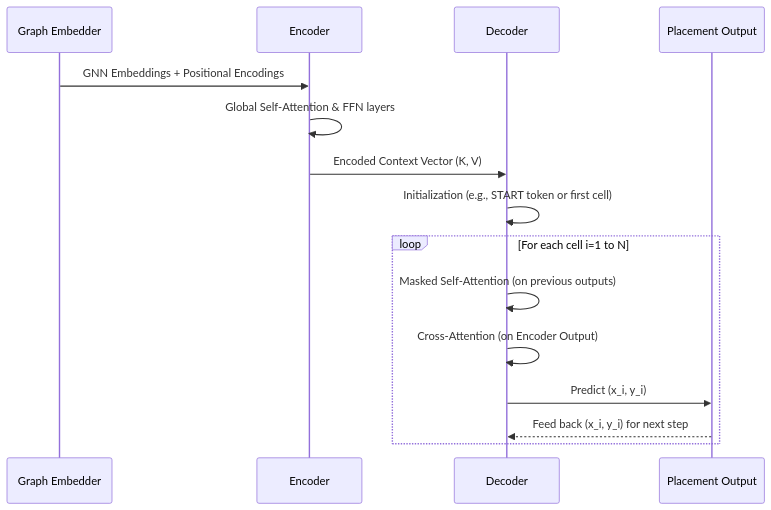
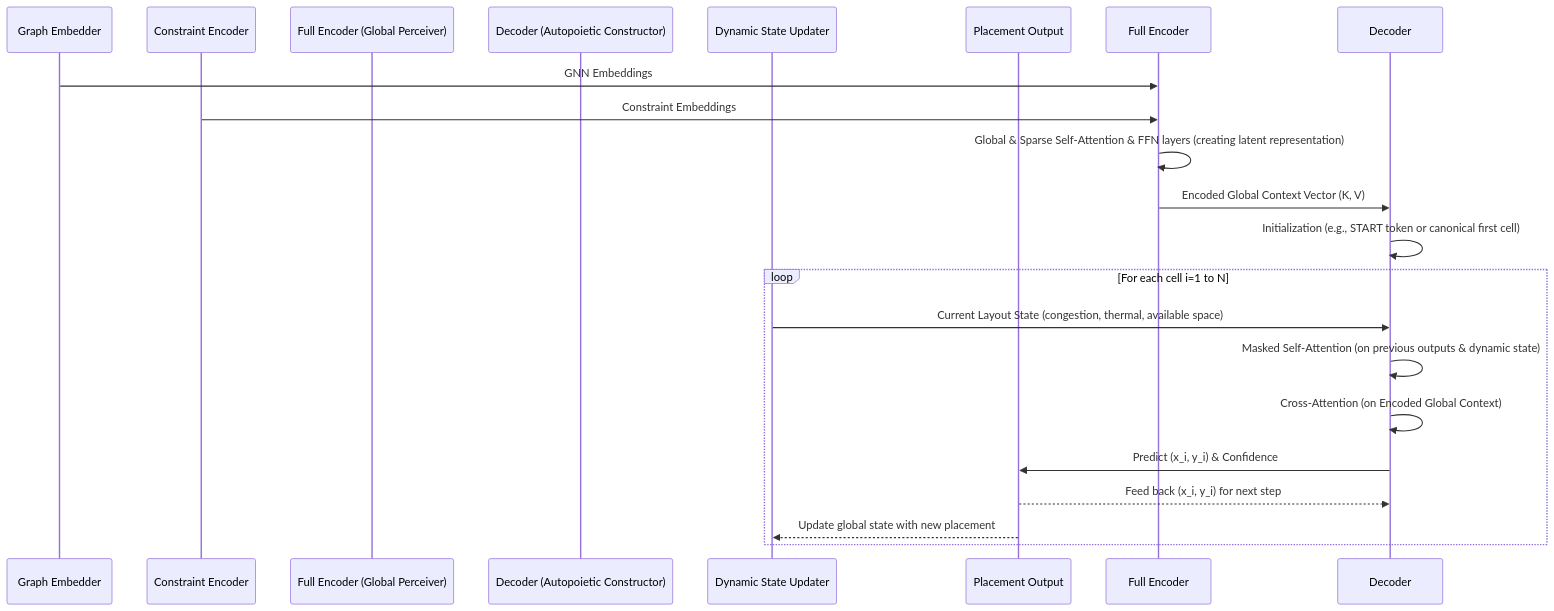
Before and after one commit to diplomat-bit/Citibank_Demo_Business_Inc_Demonstration-: the second of 3 diagrams in inventions/ai_eda_core/generative_placement_transformer.md, drawn with Mermaid. The commit also changed other lines of this file, not shown here.

Commit message:
[AI] Edit: inventions/ai_eda_core/generative_placement_transformer.md

````diff
--- a/inventions/ai_eda_core/generative_placement_transformer.md
+++ b/inventions/ai_eda_core/generative_placement_transformer.md
@@ -135,19 +147,24 @@
 ```mermaid
 sequenceDiagram
     participant Graph Embedder
-    participant Encoder
-    participant Decoder
+    participant Constraint Encoder
+    participant Full Encoder (Global Perceiver)
+    participant Decoder (Autopoietic Constructor)
+    participant Dynamic State Updater
     participant Placement Output
 
-    Graph Embedder->>Encoder: GNN Embeddings + Positional Encodings
-    Encoder->>Encoder: Global Self-Attention & FFN layers
-    Encoder->>Decoder: Encoded Context Vector (K, V)
+    Graph Embedder->>Full Encoder: GNN Embeddings
+    Constraint Encoder->>Full Encoder: Constraint Embeddings
+    Full Encoder->>Full Encoder: Global & Sparse Self-Attention & FFN layers (creating latent representation)
+    Full Encoder->>Decoder: Encoded Global Context Vector (K, V)
     
-    Decoder->>Decoder: Initialization (e.g., START token or first cell)
+    Decoder->>Decoder: Initialization (e.g., START token or canonical first cell)
     loop For each cell i=1 to N
-        Decoder->>Decoder: Masked Self-Attention (on previous outputs)
-        Decoder->>Decoder: Cross-Attention (on Encoder Output)
-        Decoder->>Placement Output: Predict (x_i, y_i)
+        Dynamic State Updater->>Decoder: Current Layout State (congestion, thermal, available space)
+        Decoder->>Decoder: Masked Self-Attention (on previous outputs & dynamic state)
+        Decoder->>Decoder: Cross-Attention (on Encoded Global Context)
+        Decoder->>Placement Output: Predict (x_i, y_i) & Confidence
         Placement Output-->>Decoder: Feed back (x_i, y_i) for next step
+        Placement Output-->>Dynamic State Updater: Update global state with new placement
     end
 ```
````
